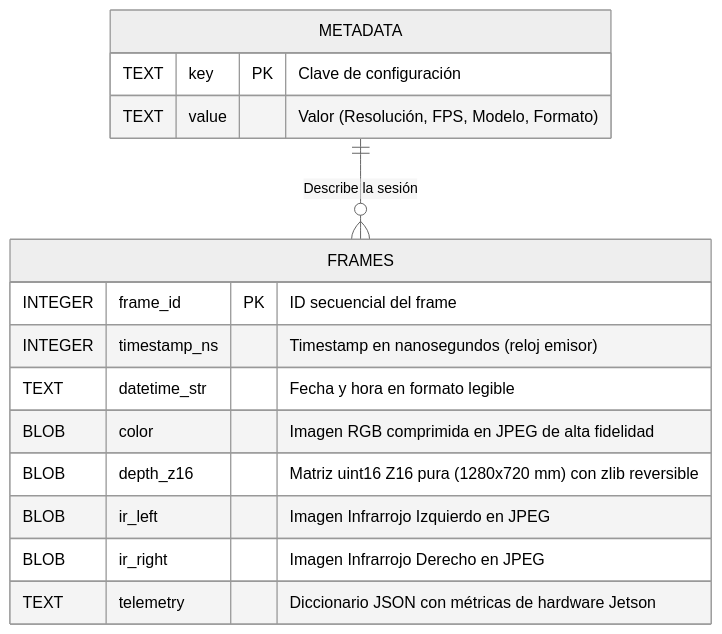
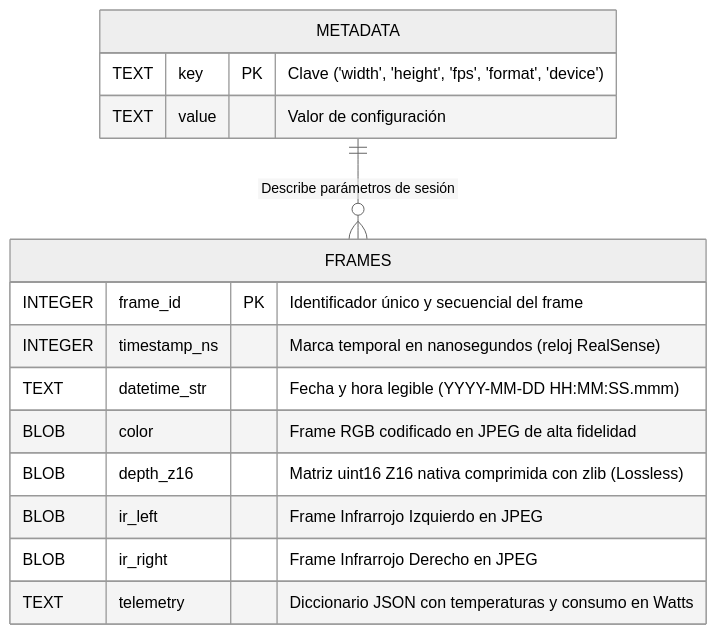
The fourth of 5 diagrams in README.md (MangoTangoPea/Formato-RTSP-Jetson), drawn with Mermaid (neutral theme) before and after one commit. The commit also changed other lines of this file, not shown here.

Commit message:
docs: rewrite README to include comprehensive installation, execution, and architectural documentation.

````diff
--- a/README.md
+++ b/README.md
@@ -138,20 +251,20 @@
 ```mermaid
 erDiagram
     METADATA {
-        TEXT key PK "Clave de configuración"
-        TEXT value "Valor (Resolución, FPS, Modelo, Formato)"
+        TEXT key PK "Clave ('width', 'height', 'fps', 'format', 'device')"
+        TEXT value "Valor de configuración"
     }
 
     FRAMES {
-        INTEGER frame_id PK "ID secuencial del frame"
-        INTEGER timestamp_ns "Timestamp en nanosegundos (reloj emisor)"
-        TEXT datetime_str "Fecha y hora en formato legible"
-        BLOB color "Imagen RGB comprimida en JPEG de alta fidelidad"
-        BLOB depth_z16 "Matriz uint16 Z16 pura (1280x720 mm) con zlib reversible"
-        BLOB ir_left "Imagen Infrarrojo Izquierdo en JPEG"
-        BLOB ir_right "Imagen Infrarrojo Derecho en JPEG"
-        TEXT telemetry "Diccionario JSON con métricas de hardware Jetson"
+        INTEGER frame_id PK "Identificador único y secuencial del frame"
+        INTEGER timestamp_ns "Marca temporal en nanosegundos (reloj RealSense)"
+        TEXT datetime_str "Fecha y hora legible (YYYY-MM-DD HH:MM:SS.mmm)"
+        BLOB color "Frame RGB codificado en JPEG de alta fidelidad"
+        BLOB depth_z16 "Matriz uint16 Z16 nativa comprimida con zlib (Lossless)"
+        BLOB ir_left "Frame Infrarrojo Izquierdo en JPEG"
+        BLOB ir_right "Frame Infrarrojo Derecho en JPEG"
+        TEXT telemetry "Diccionario JSON con temperaturas y consumo en Watts"
     }
 
-    METADATA ||--o{ FRAMES : "Describe la sesión"
+    METADATA ||--o{ FRAMES : "Describe parámetros de sesión"
 ```
````
